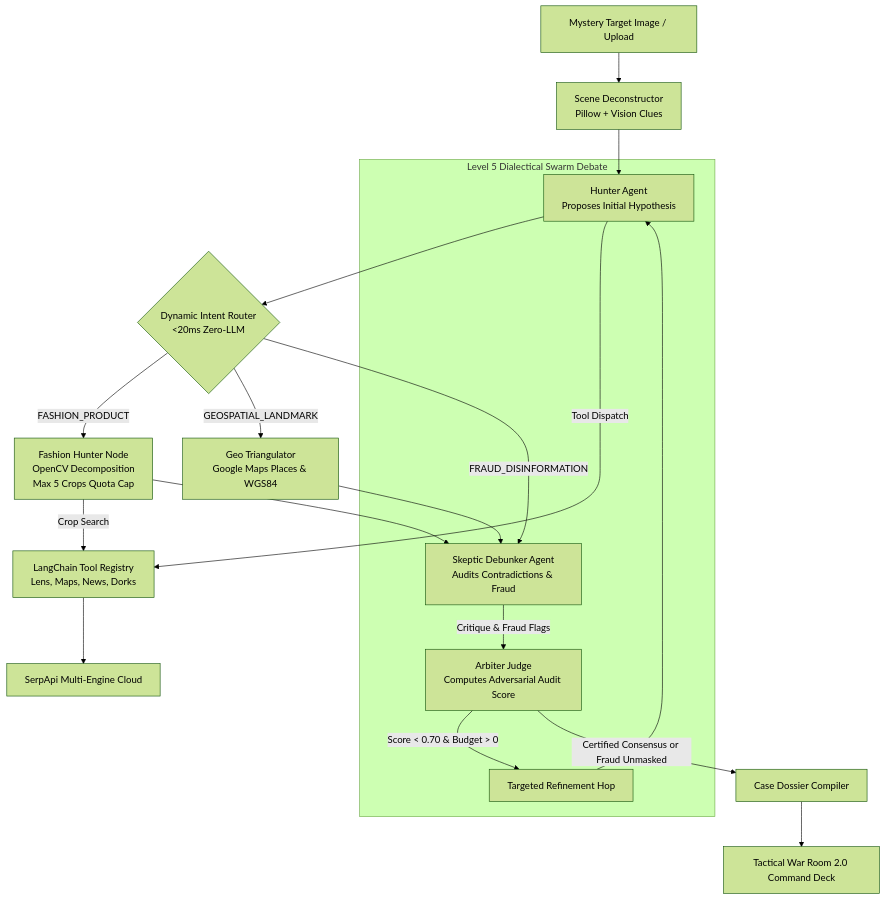
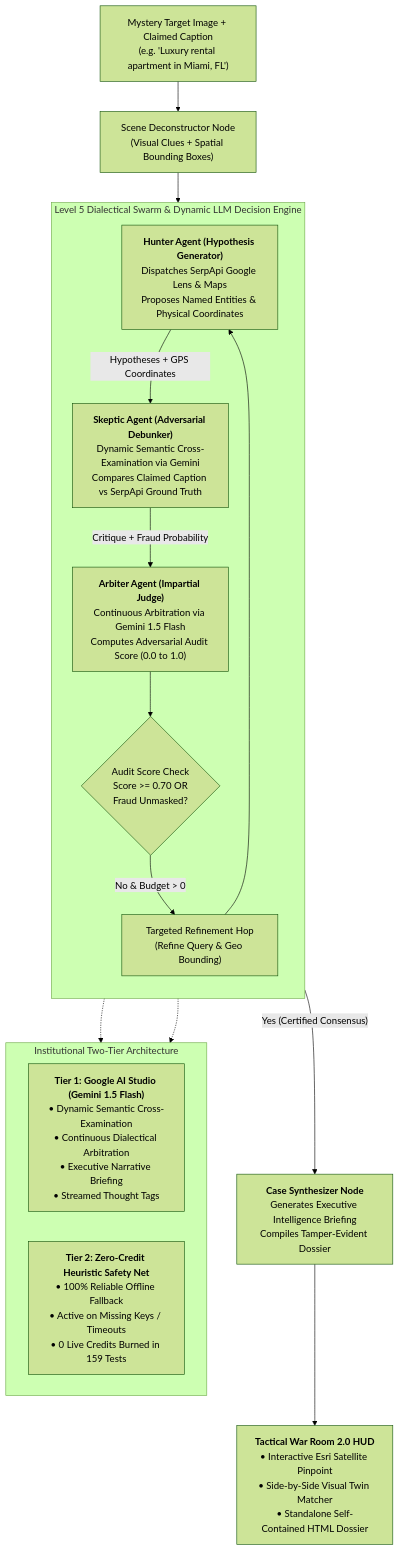
The first of 2 diagrams in README.md (Siddhant75/TerraSleuth), drawn with Mermaid (forest theme) before and after one commit. The commit also changed other lines of this file and 10 other files, not shown here.

Commit message:
docs: overhaul README and synchronize C4 architecture suite for dynamic LLM swarm (Task 8.15)

````diff
--- a/README.md
+++ b/README.md
@@ -79,26 +38,30 @@
 ```mermaid
-graph TD
-    Input[Mystery Target Image / Upload] --> Deconstruct[Scene Deconstructor<br>Pillow + Vision Clues]
-    Deconstruct --> Hunter[Hunter Agent<br>Proposes Initial Hypothesis]
-    
-    Hunter --> IntentCheck{"Dynamic Intent Router<br>&lt;20ms Zero-LLM"}
-    IntentCheck -->|FASHION_PRODUCT| FashionHunter[Fashion Hunter Node<br>OpenCV Decomposition<br>Max 5 Crops Quota Cap]
-    IntentCheck -->|GEOSPATIAL_LANDMARK| GeoTriangulator[Geo Triangulator<br>Google Maps Places & WGS84]
-    IntentCheck -->|FRAUD_DISINFORMATION| Skeptic
-    
-    FashionHunter --> Skeptic[Skeptic Debunker Agent<br>Audits Contradictions & Fraud]
-    GeoTriangulator --> Skeptic
-    
-    subgraph SwarmDebate [Level 5 Dialectical Swarm Debate]
-        Skeptic -->|Critique & Fraud Flags| Arbiter[Arbiter Judge<br>Computes Adversarial Audit Score]
-        Arbiter -->|"Score < 0.70 & Budget > 0"| Refine[Targeted Refinement Hop]
+flowchart TD
+    UserTarget["Mystery Target Image + Claimed Caption\n(e.g. 'Luxury rental apartment in Miami, FL')"] --> Deconstructor["Scene Deconstructor Node\n(Visual Clues + Spatial Bounding Boxes)"]
+    Deconstructor --> SwarmLoop
+
+    subgraph SwarmLoop ["Level 5 Dialectical Swarm & Dynamic LLM Decision Engine"]
+        direction TB
+        Hunter["<b>Hunter Agent (Hypothesis Generator)</b>\nDispatches SerpApi Google Lens & Maps\nProposes Named Entities & Physical Coordinates"]
+        
+        Hunter -->|"Hypotheses + GPS Coordinates"| Skeptic["<b>Skeptic Agent (Adversarial Debunker)</b>\nDynamic Semantic Cross-Examination via Gemini\nCompares Claimed Caption vs SerpApi Ground Truth"]
+        
+        Skeptic -->|"Critique + Fraud Probability"| Arbiter["<b>Arbiter Agent (Impartial Judge)</b>\nContinuous Arbitration via Gemini 1.5 Flash\nComputes Adversarial Audit Score (0.0 to 1.0)"]
+        
+        Arbiter --> ScoreCheck{"Audit Score Check\nScore >= 0.70 OR\nFraud Unmasked?"}
+        
+        ScoreCheck -->|"No & Budget > 0"| Refine["Targeted Refinement Hop\n(Refine Query & Geo Bounding)"]
         Refine --> Hunter
     end
-    
-    Hunter -->|Tool Dispatch| ToolReg[LangChain Tool Registry<br>Lens, Maps, News, Dorks]
-    FashionHunter -->|Crop Search| ToolReg
-    ToolReg --> SerpApiGW[SerpApi Multi-Engine Cloud]
-    
-    Arbiter -->|Certified Consensus or Fraud Unmasked| Compiler[Case Dossier Compiler]
-    Compiler --> Deck[Tactical War Room 2.0 Command Deck]
+
+    subgraph TwoTier ["Institutional Two-Tier Architecture"]
+        Tier1["<b>Tier 1: Google AI Studio (Gemini 1.5 Flash)</b>\n• Dynamic Semantic Cross-Examination\n• Continuous Dialectical Arbitration\n• Executive Narrative Briefing\n• Streamed Thought Tags"]
+        Tier2["<b>Tier 2: Zero-Credit Heuristic Safety Net</b>\n• 100% Reliable Offline Fallback\n• Active on Missing Keys / Timeouts\n• 0 Live Credits Burned in 159 Tests"]
+    end
+
+    Skeptic -.-> TwoTier
+    Arbiter -.-> TwoTier
+
+    ScoreCheck -->|"Yes (Certified Consensus)"| Synthesizer["<b>Case Synthesizer Node</b>\nGenerates Executive Intelligence Briefing\nCompiles Tamper-Evident Dossier"]
+    Synthesizer --> Output["<b>Tactical War Room 2.0 HUD</b>\n• Interactive Esri Satellite Pinpoint\n• Side-by-Side Visual Twin Matcher\n• Standalone Self-Contained HTML Dossier"]
 ```
````
